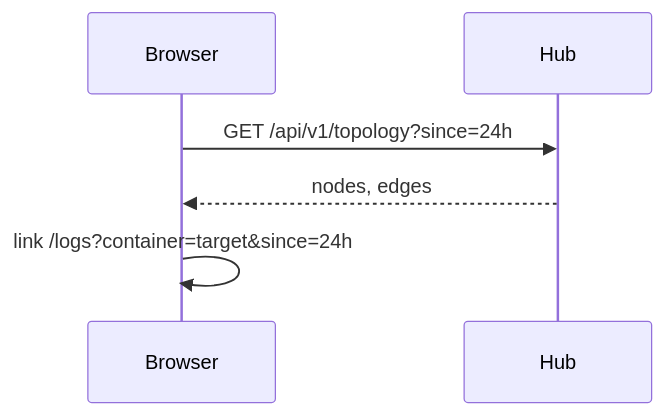
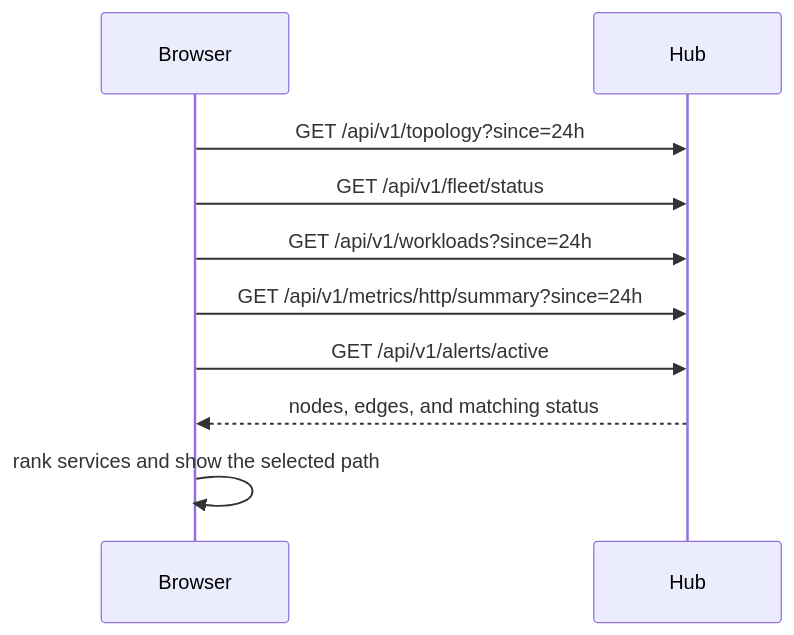
The third of 4 diagrams in docs/flows/ui-panel.md (HarryRaddatz/argus-observability), drawn with Mermaid before and after one commit. The commit also changed other lines of this file and 8 other files, not shown here.

First line of the commit message:
feat: show the topology path of the service that needs attention

````diff
--- a/docs/flows/ui-panel.md
+++ b/docs/flows/ui-panel.md
@@ -95,9 +95,13 @@
 ```mermaid
 sequenceDiagram
   participant Browser
   participant Hub
 
   Browser->>Hub: GET /api/v1/topology?since=24h
-  Hub-->>Browser: nodes, edges
-  Browser->>Browser: link /logs?container=target&since=24h
+  Browser->>Hub: GET /api/v1/fleet/status
+  Browser->>Hub: GET /api/v1/workloads?since=24h
+  Browser->>Hub: GET /api/v1/metrics/http/summary?since=24h
+  Browser->>Hub: GET /api/v1/alerts/active
+  Hub-->>Browser: nodes, edges, and matching status
+  Browser->>Browser: rank services and show the selected path
 ```
````
